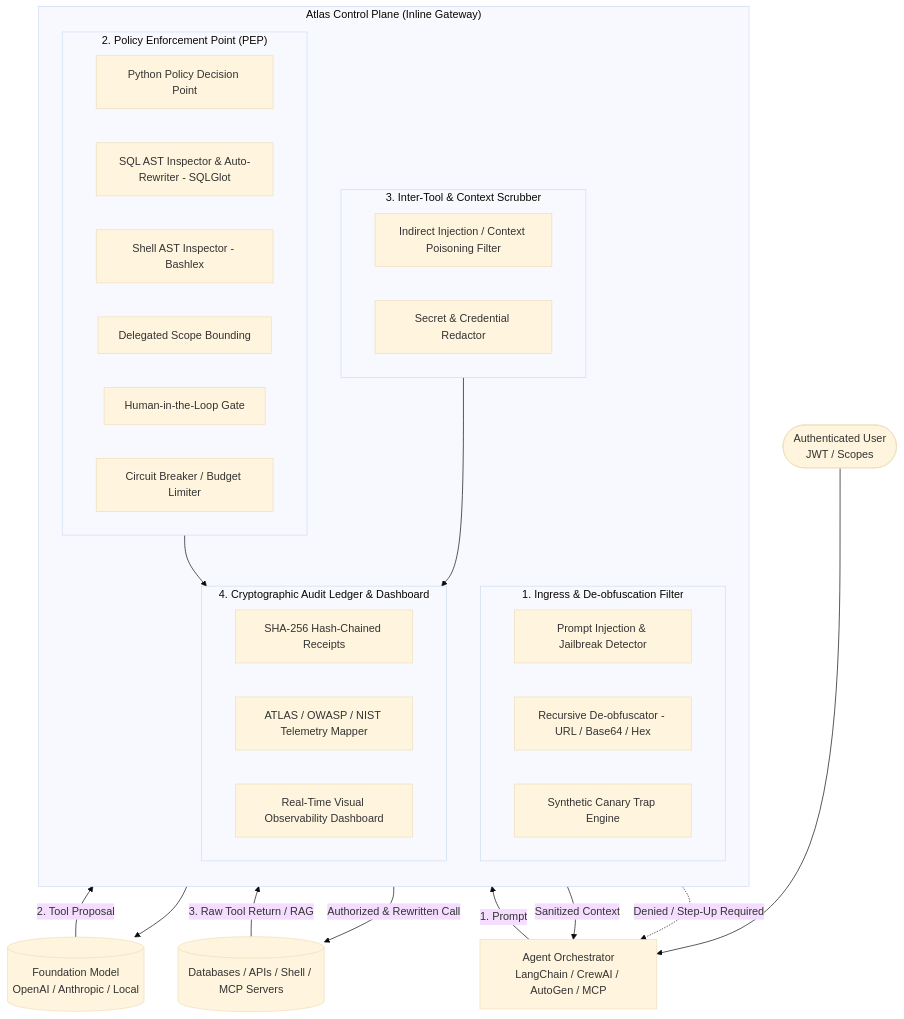
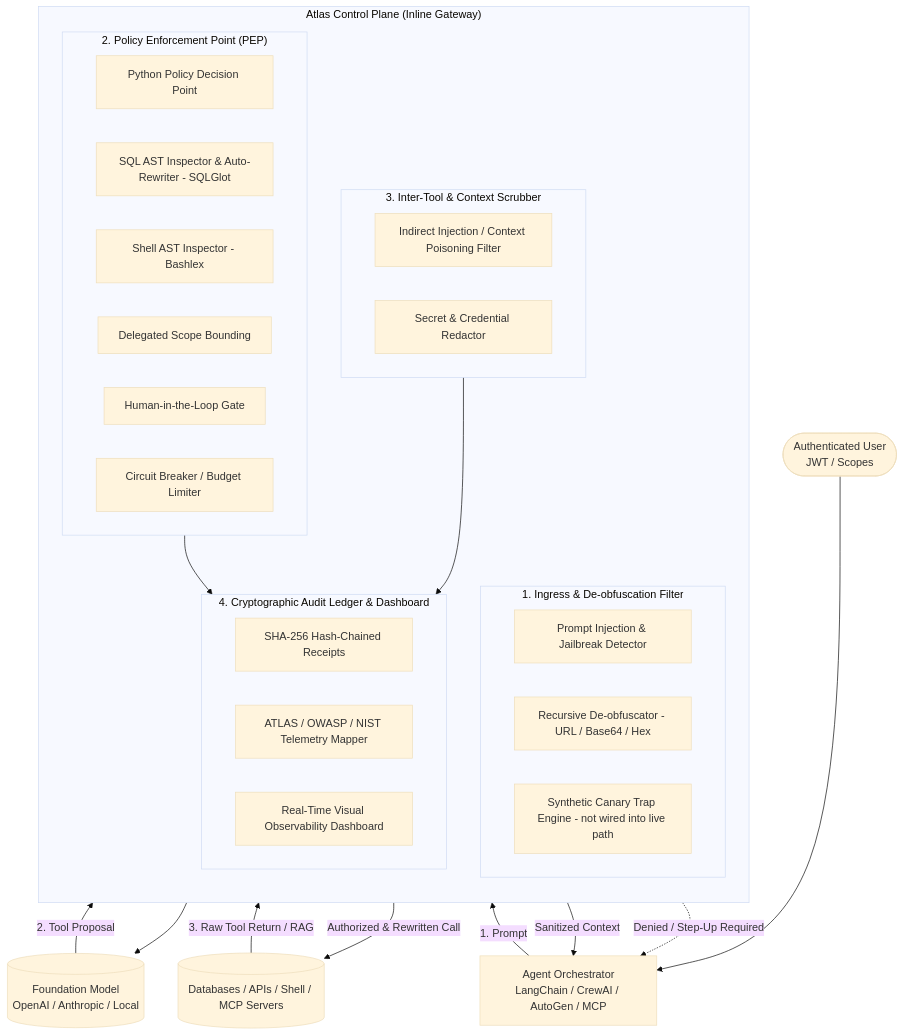
One commit to Samuelabhinav37/Atlas changed the diagram in README.md. Above: the diagram before and after it, drawn with Mermaid (base theme). The commit also changed 3 other files, not shown here.

````diff
--- a/README.md
+++ b/README.md
@@ -43,47 +43,47 @@
 ```mermaid
 flowchart TB
     User([Authenticated User\nJWT / Scopes]) --> Orchestrator[Agent Orchestrator\nLangChain / CrewAI / AutoGen / MCP]
     
     subgraph Atlas[" Atlas Control Plane (Inline Gateway) "]
         direction TB
         
         subgraph Ingress[" 1. Ingress & De-obfuscation Filter "]
             PI[Prompt Injection & Jailbreak Detector]
             Deob[Recursive De-obfuscator - URL / Base64 / Hex]
-            Canary[Synthetic Canary Trap Engine]
+            Canary[Synthetic Canary Trap Engine - not wired into live path]
         end
         
         subgraph PEP[" 2. Policy Enforcement Point (PEP) "]
             PDP[Python Policy Decision Point]
             SQLAST[SQL AST Inspector & Auto-Rewriter - SQLGlot]
             ShellAST[Shell AST Inspector - Bashlex]
             AuthZen[Delegated Scope Bounding]
             StepUp[Human-in-the-Loop Gate]
             LoopGuard[Circuit Breaker / Budget Limiter]
         end
         
         subgraph Scrubber[" 3. Inter-Tool & Context Scrubber "]
             IndirectPI[Indirect Injection / Context Poisoning Filter]
             SecretScrub[Secret & Credential Redactor]
         end
         
         subgraph Audit[" 4. Cryptographic Audit Ledger & Dashboard "]
             HashChain[SHA-256 Hash-Chained Receipts]
             Taxonomy[ATLAS / OWASP / NIST Telemetry Mapper]
             UI[Real-Time Visual Observability Dashboard]
         end
     end
     
     Orchestrator -->|1. Prompt| Ingress
     Ingress --> LLM[(Foundation Model\nOpenAI / Anthropic / Local)]
     
     LLM -->|2. Tool Proposal| PEP
     PEP -->|Authorized & Rewritten Call| Tools[(Databases / APIs / Shell / MCP Servers)]
     PEP -.->|Denied / Step-Up Required| Orchestrator
     
     Tools -->|3. Raw Tool Return / RAG| Scrubber
     Scrubber -->|Sanitized Context| Orchestrator
     
     PEP --> Audit
     Scrubber --> Audit
 ```
````
